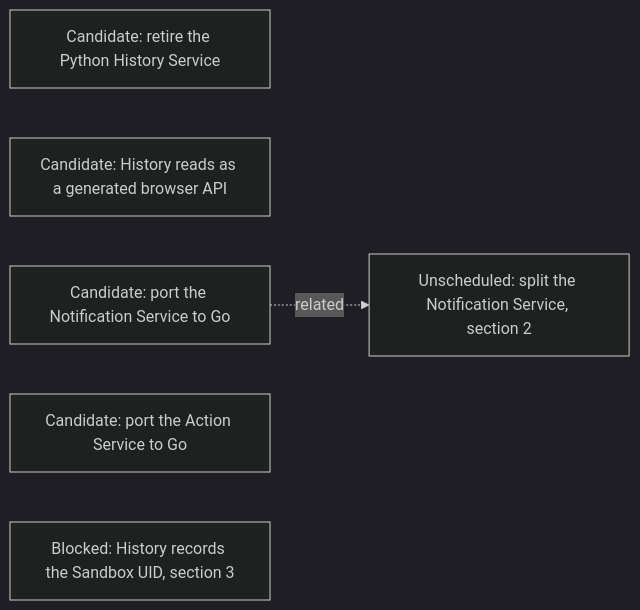
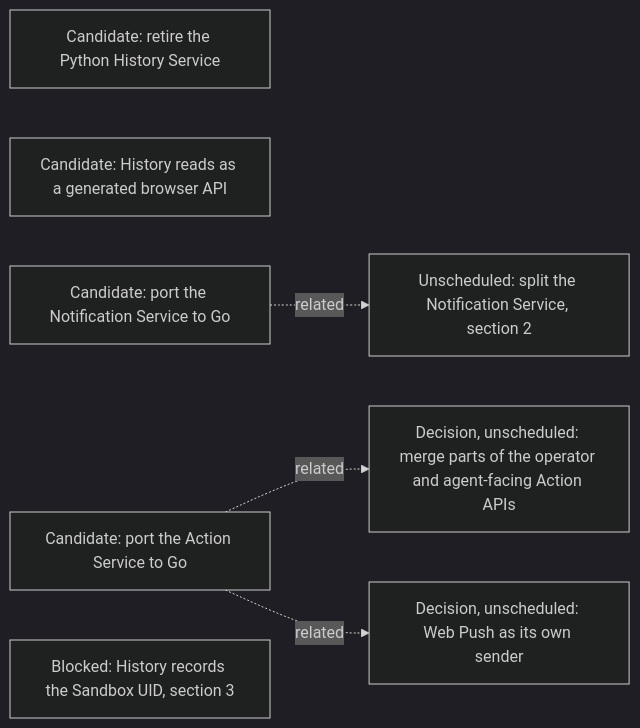
Before and after one commit to agentydragon-agent/ducktape: diagram 17 of 17 in agentplane/plans/task_dag.md, drawn with Mermaid (dark theme). The commit also changed other lines of this file and 1 other file, not shown here.

````diff
--- a/agentplane/plans/task_dag.md
+++ b/agentplane/plans/task_dag.md
@@ -1923,10 +1923,14 @@
 ```mermaid
 flowchart LR
     HISTORY_PYTHON_RETIREMENT[Candidate: retire the Python History Service]
     HISTORY_READS_FACADE[Candidate: History reads as a generated browser API]
     NOTIFICATION_SERVICE_GO_PORT[Candidate: port the Notification Service to Go]
     ACTION_SERVICE_GO_PORT[Candidate: port the Action Service to Go]
+    ACTION_API_MERGE[Decision, unscheduled: merge parts of the operator and agent-facing Action APIs]
+    WEB_PUSH_SERVICE[Decision, unscheduled: Web Push as its own sender]
     NOTIFICATION_SERVICE_SPLIT[Unscheduled: split the Notification Service, section 2]
     HISTORY_SANDBOX_UID[Blocked: History records the Sandbox UID, section 3]
     NOTIFICATION_SERVICE_GO_PORT -. related .-> NOTIFICATION_SERVICE_SPLIT
+    ACTION_SERVICE_GO_PORT -. related .-> ACTION_API_MERGE
+    ACTION_SERVICE_GO_PORT -. related .-> WEB_PUSH_SERVICE
 ```
````
